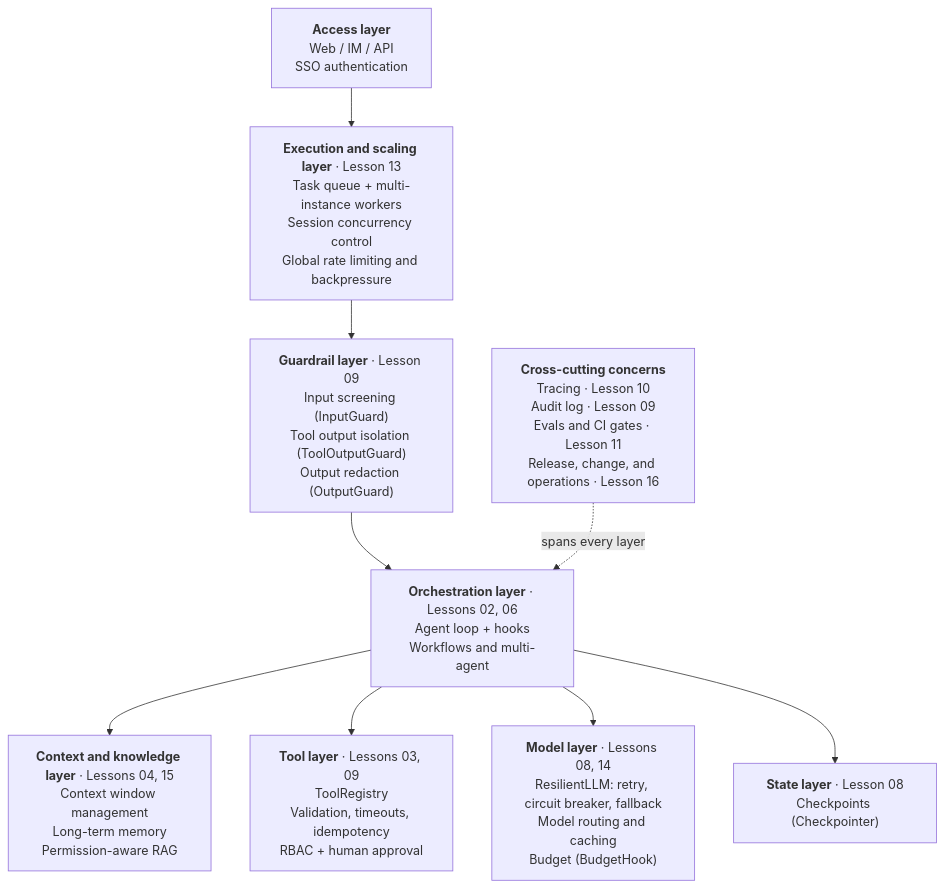
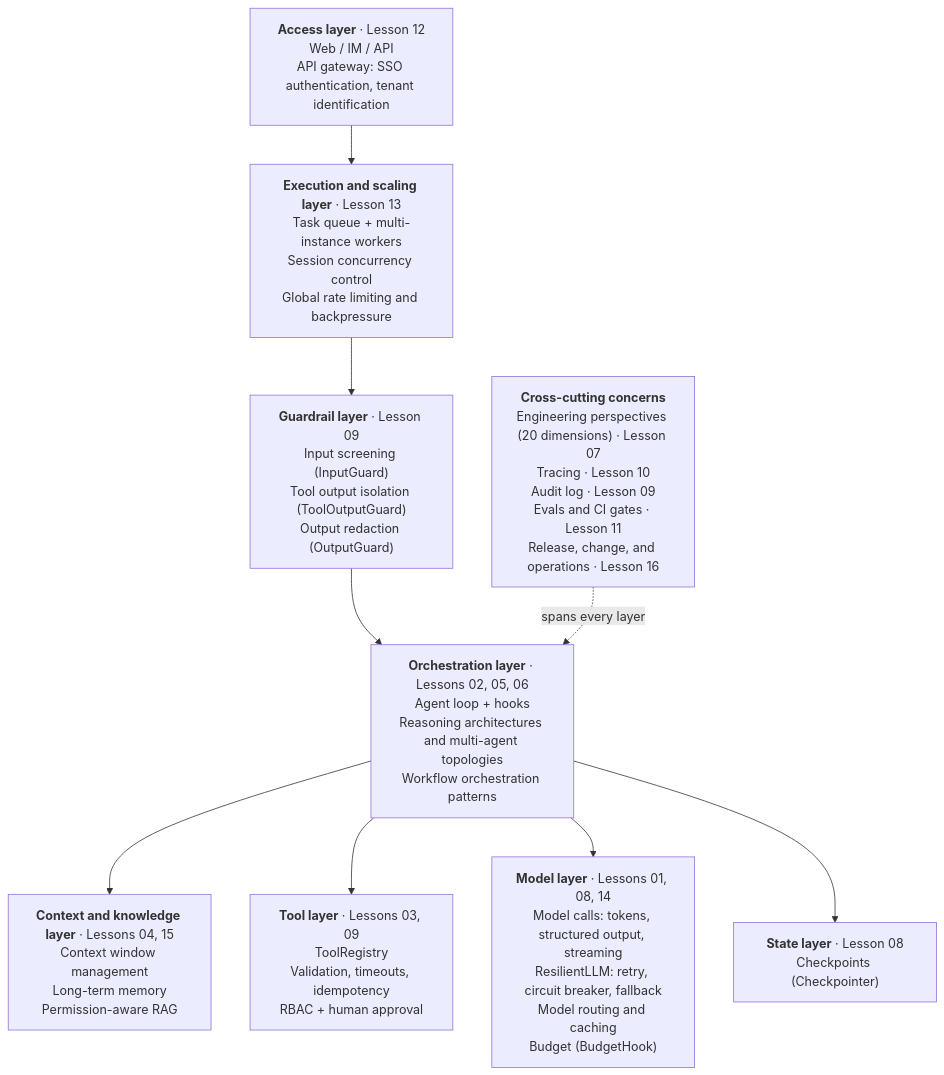
Before and after one commit to heaven999b/hello-agent-system: the fourth of 5 diagrams in lessons/00_overview/README.en.md, drawn with Mermaid. The commit also changed other lines of this file and 29 other files, not shown here.

````diff
--- a/lessons/00_overview/README.en.md
+++ b/lessons/00_overview/README.en.md
@@ -113,18 +115,18 @@
 ```mermaid
 flowchart TB
-    ENTRY["<b>Access layer</b><br/>Web / IM / API<br/>SSO authentication"]
+    ENTRY["<b>Access layer</b> · Lesson 12<br/>Web / IM / API<br/>API gateway: SSO authentication, tenant identification"]
     EXEC["<b>Execution and scaling layer</b> · Lesson 13<br/>Task queue + multi-instance workers<br/>Session concurrency control<br/>Global rate limiting and backpressure"]
     GUARD["<b>Guardrail layer</b> · Lesson 09<br/>Input screening (InputGuard)<br/>Tool output isolation (ToolOutputGuard)<br/>Output redaction (OutputGuard)"]
-    ORCH["<b>Orchestration layer</b> · Lessons 02, 06<br/>Agent loop + hooks<br/>Workflows and multi-agent"]
+    ORCH["<b>Orchestration layer</b> · Lessons 02, 05, 06<br/>Agent loop + hooks<br/>Reasoning architectures and multi-agent topologies<br/>Workflow orchestration patterns"]
     CTX["<b>Context and knowledge layer</b> · Lessons 04, 15<br/>Context window management<br/>Long-term memory<br/>Permission-aware RAG"]
     TOOLS["<b>Tool layer</b> · Lessons 03, 09<br/>ToolRegistry<br/>Validation, timeouts, idempotency<br/>RBAC + human approval"]
-    MODEL["<b>Model layer</b> · Lessons 08, 14<br/>ResilientLLM: retry, circuit breaker, fallback<br/>Model routing and caching<br/>Budget (BudgetHook)"]
+    MODEL["<b>Model layer</b> · Lessons 01, 08, 14<br/>Model calls: tokens, structured output, streaming<br/>ResilientLLM: retry, circuit breaker, fallback<br/>Model routing and caching<br/>Budget (BudgetHook)"]
     STATE["<b>State layer</b> · Lesson 08<br/>Checkpoints (Checkpointer)"]
-    XCUT["<b>Cross-cutting concerns</b><br/>Tracing · Lesson 10<br/>Audit log · Lesson 09<br/>Evals and CI gates · Lesson 11<br/>Release, change, and operations · Lesson 16"]
+    XCUT["<b>Cross-cutting concerns</b><br/>Engineering perspectives (20 dimensions) · Lesson 07<br/>Tracing · Lesson 10<br/>Audit log · Lesson 09<br/>Evals and CI gates · Lesson 11<br/>Release, change, and operations · Lesson 16"]
     ENTRY --> EXEC --> GUARD --> ORCH
     ORCH --> CTX
     ORCH --> TOOLS
     ORCH --> MODEL
     ORCH --> STATE
     XCUT -.->|"spans every layer"| ORCH
 ```
````
